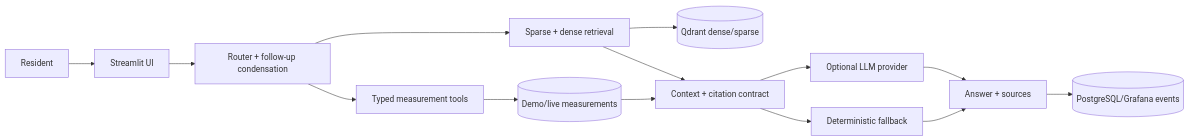
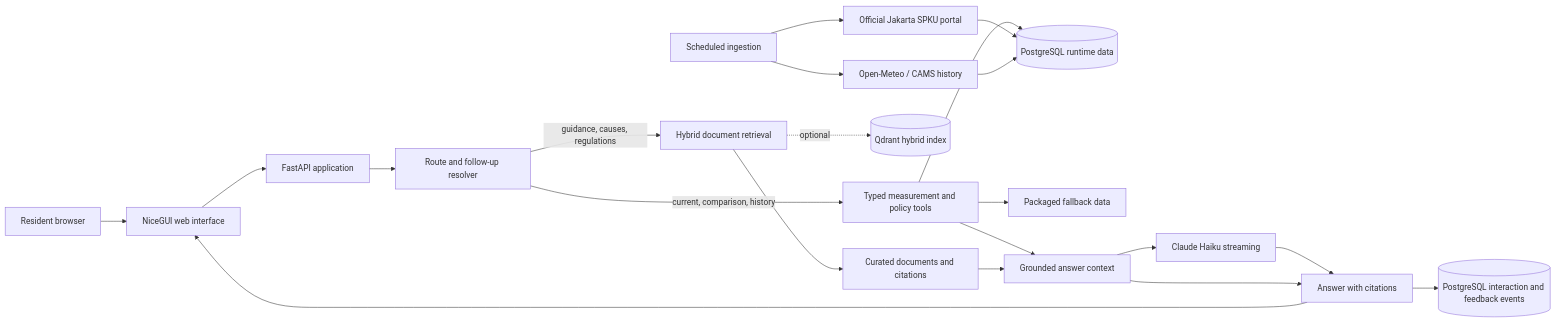
The diagram in README.md (aasnani/napas-jakarta), drawn with Mermaid before and after one commit. The commit also changed other lines of this file, not shown here.

````diff
--- a/README.md
+++ b/README.md
@@ -114,16 +58,23 @@
 ```mermaid
 flowchart LR
-  U[Resident] --> UI[Streamlit UI]
-  UI --> R[Router + follow-up condensation]
-  R --> T[Typed measurement tools]
-  T --> M[(Demo/live measurements)]
-  R --> S[Sparse + dense retrieval]
-  S --> Q[(Qdrant dense/sparse)]
-  S --> C[Context + citation contract]
-  M --> C
-  C --> L[Optional LLM provider]
-  C --> F[Deterministic fallback]
-  L --> A[Answer + sources]
-  F --> A
-  A --> G[(PostgreSQL/Grafana events)]
+    B[Resident browser] --> UI[NiceGUI web interface]
+    UI --> API[FastAPI application]
+    API --> R[Route and follow-up resolver]
+    R -->|current, comparison, history| T[Typed measurement and policy tools]
+    R -->|guidance, causes, regulations| RET[Hybrid document retrieval]
+    T --> D[(PostgreSQL runtime data)]
+    T --> F[Packaged fallback data]
+    RET --> C[Curated documents and citations]
+    RET -. optional .-> Q[(Qdrant hybrid index)]
+    T --> G[Grounded answer context]
+    C --> G
+    G --> L[Claude Haiku streaming]
+    L --> A[Answer with citations]
+    G --> A
+    A --> UI
+    A --> M[(PostgreSQL interaction and feedback events)]
+    I[Scheduled ingestion] --> S[Official Jakarta SPKU portal]
+    I --> H[Open-Meteo / CAMS history]
+    S --> D
+    H --> D
 ```
````
